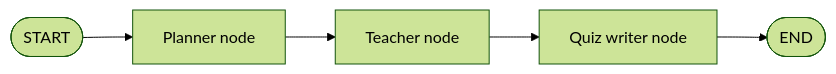
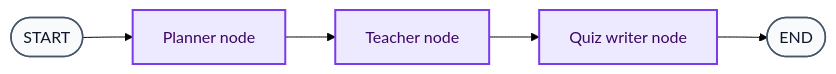
The second of 20 diagrams in docs/ARCHITECTURE.md (anne500/multi-agent-study-guide), drawn with Mermaid (forest theme) before and after one commit. The commit also changed other lines of this file and 7 other files, not shown here.

Commit message:
Add visual learning map and color-coded architecture documentation

````diff
--- a/docs/ARCHITECTURE.md
+++ b/docs/ARCHITECTURE.md
@@ -44,7 +65,11 @@
 ```mermaid
 flowchart LR
     A([START]) --> B[Planner node]
     B --> C[Teacher node]
     C --> D[Quiz writer node]
     D --> E([END])
+
+    classDef default fill:#F8FAFC,stroke:#475569,color:#0F172A,stroke-width:1.5px;
+    classDef model fill:#EDE9FE,stroke:#7C3AED,color:#3B0764,stroke-width:2px;
+    class B,C,D model;
 ```
````
